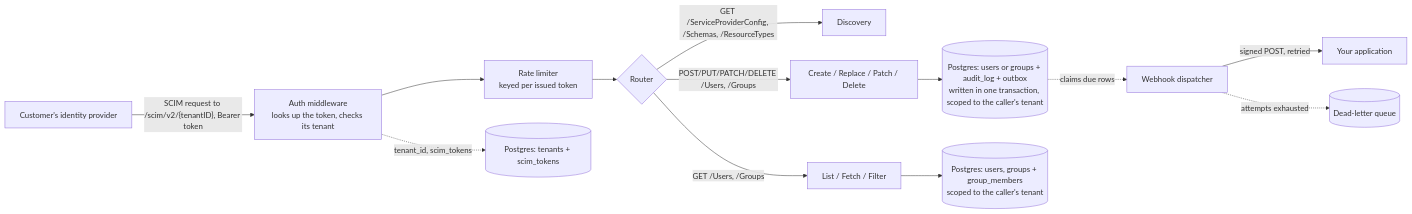
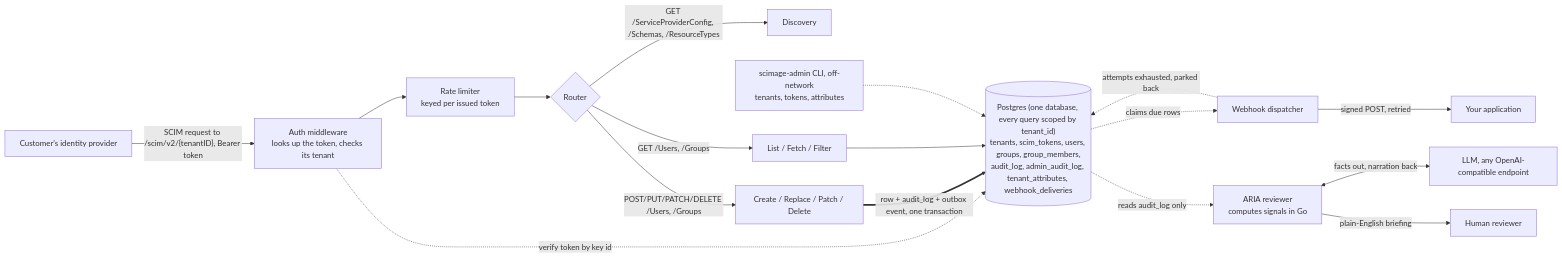
One commit to meghamahna/SCIMage changed the diagram in README.md. Above: the diagram before and after it, drawn with Mermaid. The commit also changed other lines of this file and 2 other files, not shown here.

Commit message:
phase-12: document ARIA and rework architecture diagram to a single Postgres node

````diff
--- a/README.md
+++ b/README.md
@@ -67,15 +67,25 @@
 ```mermaid
 flowchart LR
-    IDP[Customer's identity provider] -->|"SCIM request to /scim/v2/{tenantID}, Bearer token"| AUTH[Auth middleware<br/>looks up the token, checks its tenant]
-    AUTH --> RL[Rate limiter<br/>keyed per issued token]
-    RL --> ROUTER{Router}
-    ROUTER -->|GET /ServiceProviderConfig, /Schemas, /ResourceTypes| DISCOVERY[Discovery]
-    ROUTER -->|"POST/PUT/PATCH/DELETE /Users, /Groups"| MUTATE[Create / Replace / Patch / Delete]
-    ROUTER -->|"GET /Users, /Groups"| READ[List / Fetch / Filter]
-    MUTATE --> TX[("Postgres: users or groups + audit_log + outbox<br/>written in one transaction, scoped to the caller's tenant")]
-    READ --> DB[("Postgres: users, groups + group_members<br/>scoped to the caller's tenant")]
-    AUTH -.->|"tenant_id, scim_tokens"| TENANTS[("Postgres: tenants + scim_tokens")]
-    TX -.->|claims due rows| DISPATCH[Webhook dispatcher]
-    DISPATCH -->|"signed POST, retried"| APP[Your application]
-    DISPATCH -.->|"attempts exhausted"| DLQ[("Dead-letter queue")]
+    IDP["Customer's identity provider"] -->|"SCIM request to /scim/v2/{tenantID}, Bearer token"| AUTH["Auth middleware<br/>looks up the token, checks its tenant"]
+    AUTH --> RL["Rate limiter<br/>keyed per issued token"]
+    RL --> ROUTER{"Router"}
+    ROUTER -->|"GET /ServiceProviderConfig, /Schemas, /ResourceTypes"| DISCOVERY["Discovery"]
+    ROUTER -->|"POST/PUT/PATCH/DELETE /Users, /Groups"| MUTATE["Create / Replace / Patch / Delete"]
+    ROUTER -->|"GET /Users, /Groups"| READ["List / Fetch / Filter"]
+
+    DB[("Postgres (one database, every query scoped by tenant_id)<br/>tenants, scim_tokens, users, groups, group_members,<br/>audit_log, admin_audit_log, tenant_attributes, webhook_deliveries")]
+
+    AUTH -.->|"verify token by key id"| DB
+    MUTATE ==>|"row + audit_log + outbox event, one transaction"| DB
+    READ --> DB
+
+    DB -.->|"claims due rows"| DISPATCH["Webhook dispatcher"]
+    DISPATCH -->|"signed POST, retried"| APP["Your application"]
+    DISPATCH -.->|"attempts exhausted, parked back"| DB
+
+    ADMIN["scimage-admin CLI, off-network<br/>tenants, tokens, attributes"] -.-> DB
+
+    DB -.->|"reads audit_log only"| ARIA["ARIA reviewer<br/>computes signals in Go"]
+    ARIA <-->|"facts out, narration back"| LLM["LLM, any OpenAI-compatible endpoint"]
+    ARIA -->|"plain-English briefing"| HUMAN["Human reviewer"]
 ```
````
